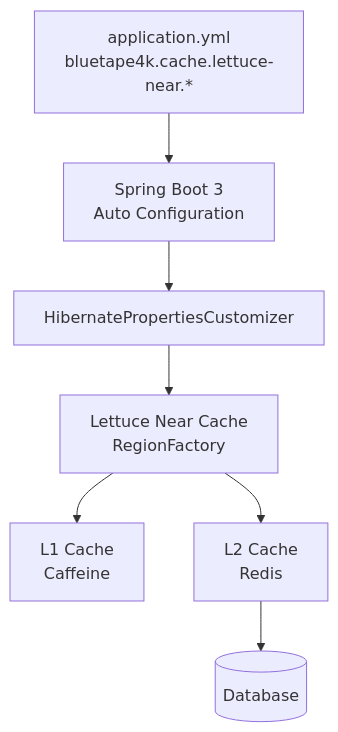
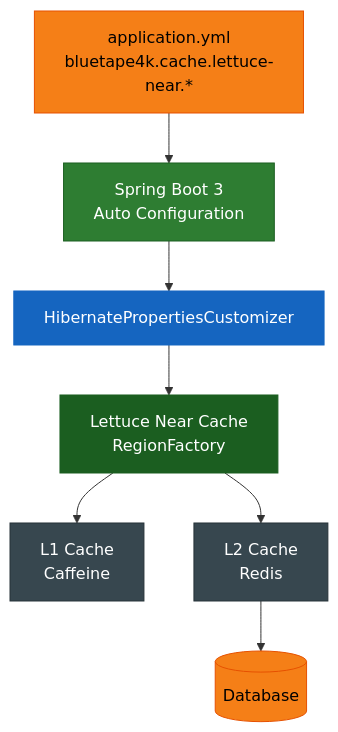
Before and after one commit to bluetape4k/bluetape4k-projects: the second of 2 diagrams in spring-boot3/hibernate-lettuce/README.ko.md, drawn with Mermaid. The commit also changed other lines of this file and 221 other files, not shown here.

First line of the commit message:
docs: 전체 모듈 README UML 다이어그램 보강 및 색상 업그레이드

````diff
--- a/spring-boot3/hibernate-lettuce/README.ko.md
+++ b/spring-boot3/hibernate-lettuce/README.ko.md
@@ -51,17 +59,31 @@
 ```mermaid
 flowchart TD
     Props["application.yml<br/>bluetape4k.cache.lettuce-near.*"]
     AutoConfig["Spring Boot 3<br/>Auto Configuration"]
     Customizer["HibernatePropertiesCustomizer"]
     RegionFactory["Lettuce Near Cache<br/>RegionFactory"]
     L1["L1 Cache<br/>Caffeine"]
     L2["L2 Cache<br/>Redis"]
     DB[("Database")]
 
     Props --> AutoConfig
     AutoConfig --> Customizer
     Customizer --> RegionFactory
     RegionFactory --> L1
     RegionFactory --> L2
     L2 --> DB
+
+    classDef dataStyle fill:#F57F17,stroke:#E65100,color:#000000
+    classDef springStyle fill:#2E7D32,stroke:#1B5E20,color:#FFFFFF
+    classDef coreStyle fill:#1B5E20,stroke:#1B5E20,color:#FFFFFF
+    classDef serviceStyle fill:#1565C0,stroke:#1565C0,color:#FFFFFF
+    classDef extStyle fill:#37474F,stroke:#263238,color:#FFFFFF
+
+    class Props dataStyle
+    class AutoConfig springStyle
+    class Customizer serviceStyle
+    class RegionFactory coreStyle
+    class L1 extStyle
+    class L2 extStyle
+    class DB dataStyle
 ```
````
